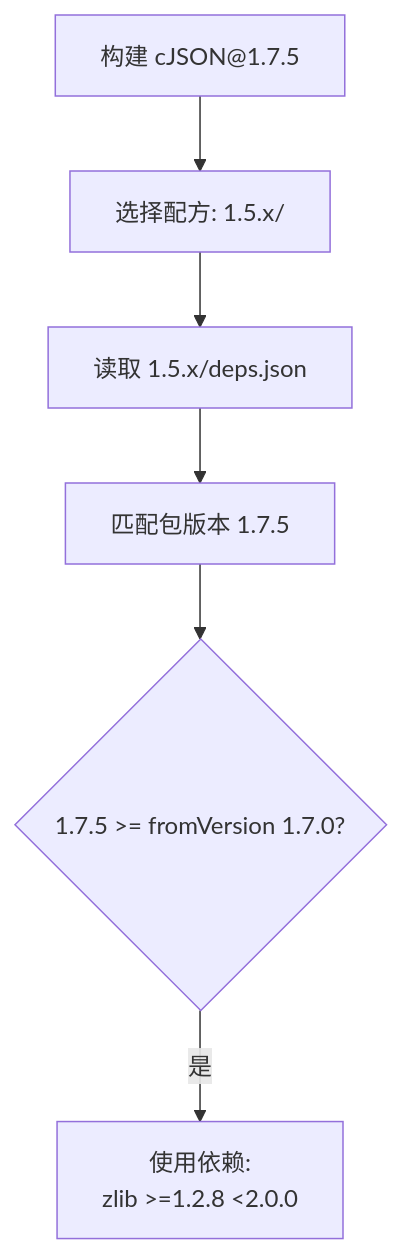
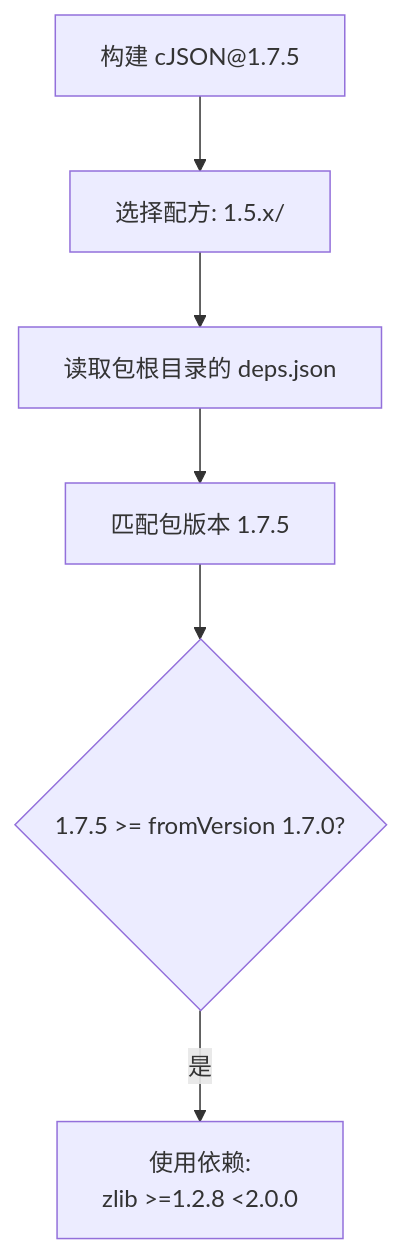
The second of 4 diagrams in docs/formula-version-design.md (goplus/llar), drawn with Mermaid before and after one commit. The commit also changed other lines of this file and 3 other files, not shown here.

````diff
--- a/docs/formula-version-design.md
+++ b/docs/formula-version-design.md
@@ -100,8 +102,8 @@
 ```mermaid
 graph TD
 A["构建 cJSON@1.7.5"] --> B["选择配方: 1.5.x/"]
-B --> C["读取 1.5.x/deps.json"]
+B --> C["读取包根目录的 deps.json"]
 C --> D["匹配包版本 1.7.5"]
 D --> E{"1.7.5 >= fromVersion 1.7.0?"}
 E -- "是" --> F["使用依赖:<br/>zlib >=1.2.8 <2.0.0"]
 ```
````
